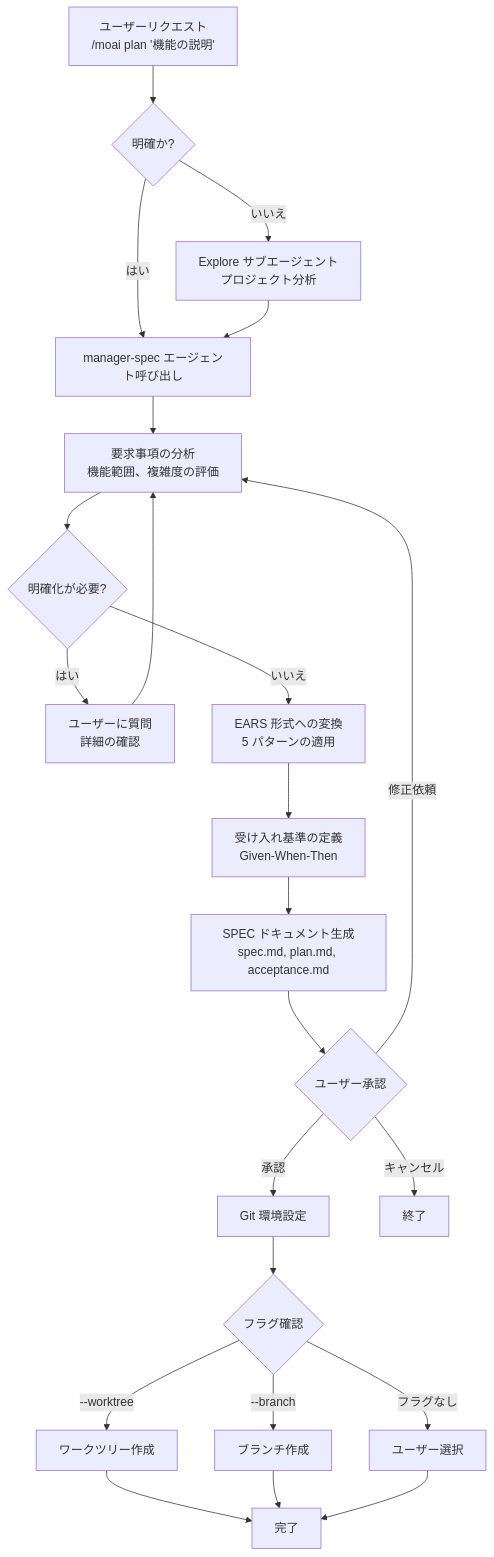
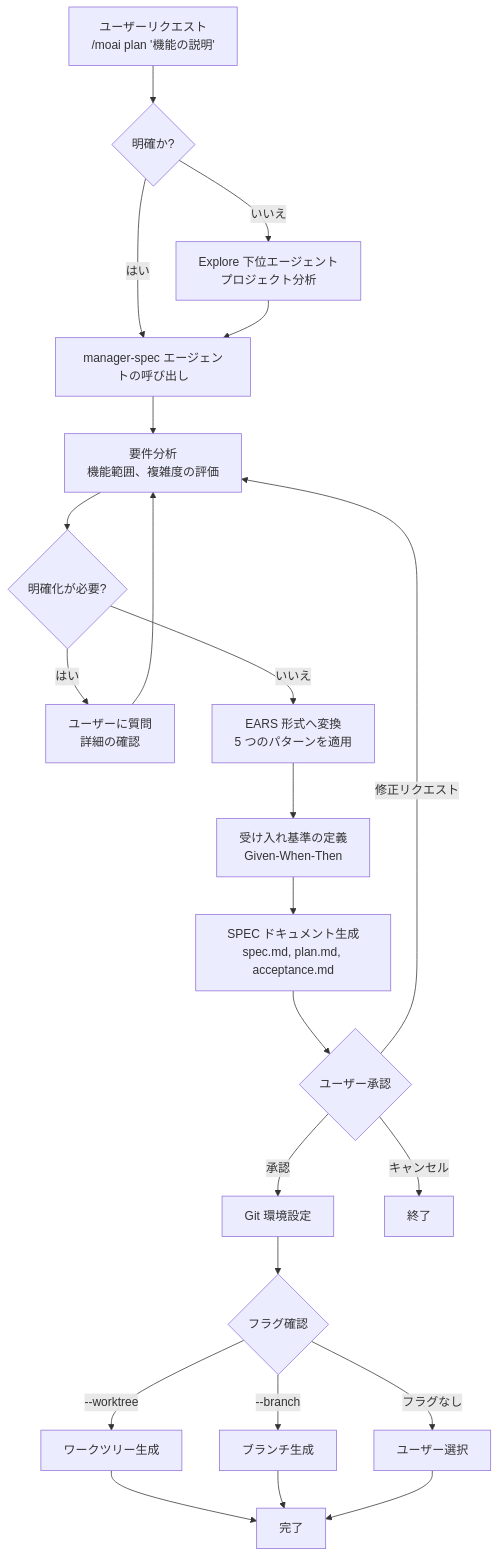
One commit to modu-ai/moai-adk changed the first of 2 diagrams in docs-site/content/ja/workflow-commands/moai-plan.md. Above: the diagram before and after it, drawn with Mermaid. The commit also changed other lines of this file and 180 other files, not shown here.

````diff
--- a/docs-site/content/ja/workflow-commands/moai-plan.md
+++ b/docs-site/content/ja/workflow-commands/moai-plan.md
@@ -115,25 +117,25 @@
 ```mermaid
 flowchart TD
     A["ユーザーリクエスト<br/>/moai plan '機能の説明'"] --> B{明確か?}
-    B -->|いいえ| C["Explore サブエージェント<br/>プロジェクト分析"]
-    B -->|はい| D["manager-spec エージェント呼び出し"]
+    B -->|いいえ| C["Explore 下位エージェント<br/>プロジェクト分析"]
+    B -->|はい| D["manager-spec エージェントの呼び出し"]
     C --> D
-    D --> E["要求事項の分析<br/>機能範囲、複雑度の評価"]
+    D --> E["要件分析<br/>機能範囲、複雑度の評価"]
     E --> F{"明確化が必要?"}
     F -->|はい| G["ユーザーに質問<br/>詳細の確認"]
     G --> E
-    F -->|いいえ| H["EARS 形式への変換<br/>5 パターンの適用"]
+    F -->|いいえ| H["EARS 形式へ変換<br/>5 つのパターンを適用"]
     H --> I["受け入れ基準の定義<br/>Given-When-Then"]
     I --> J["SPEC ドキュメント生成<br/>spec.md, plan.md, acceptance.md"]
     J --> K{"ユーザー承認"}
     K -->|承認| L["Git 環境設定"]
-    K -->|修正依頼| E
+    K -->|修正リクエスト| E
     K -->|キャンセル| M["終了"]
     L --> N{"フラグ確認"}
-    N -->|--worktree| O["ワークツリー作成"]
-    N -->|--branch| P["ブランチ作成"]
+    N -->|--worktree| O["ワークツリー生成"]
+    N -->|--branch| P["ブランチ生成"]
     N -->|フラグなし| Q["ユーザー選択"]
     O --> R["完了"]
     P --> R
     Q --> R
 ```
````
